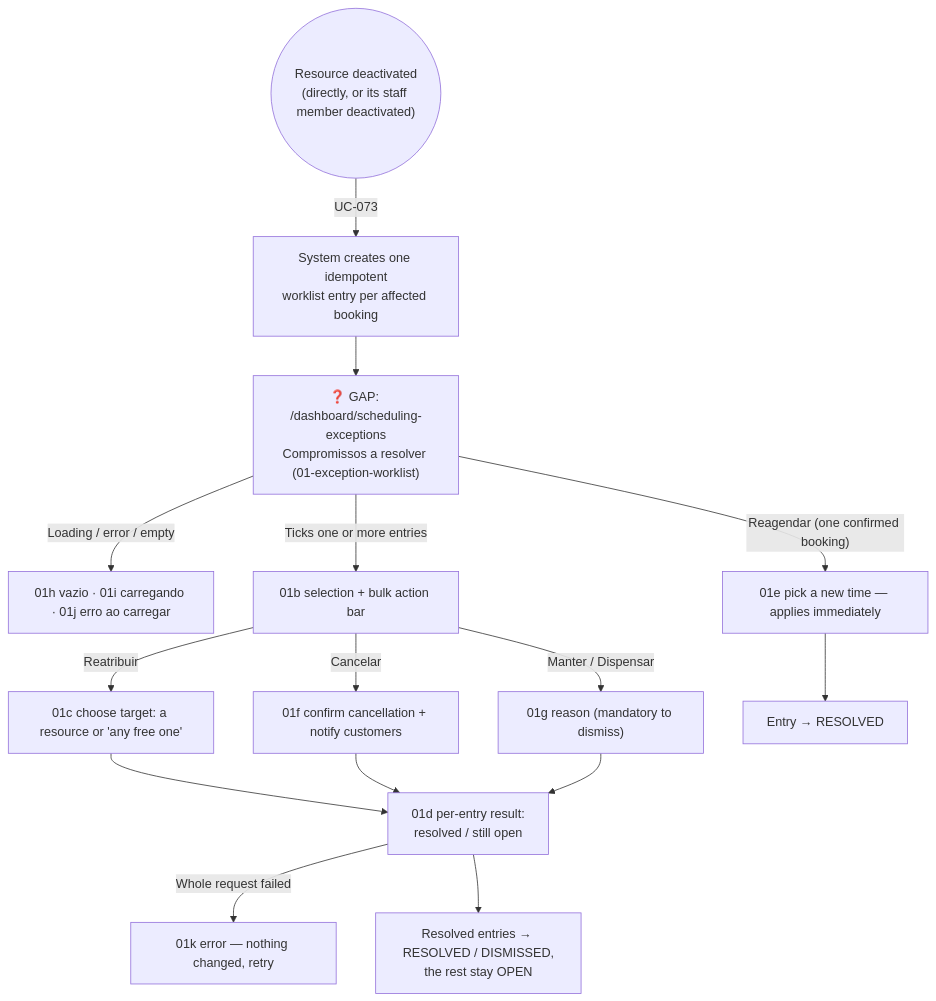
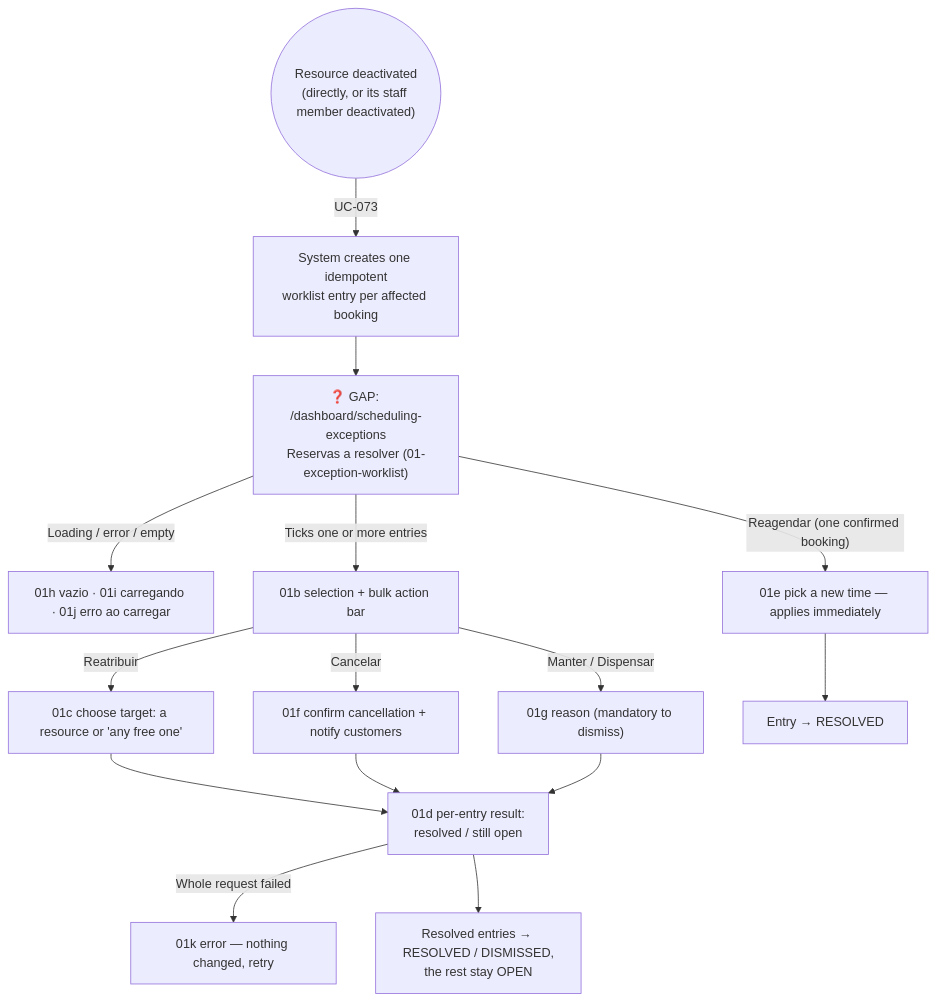
Before and after one commit to lmmoreira/ikaro: the diagram in plan/journey/manager/scheduling-exceptions.md, drawn with Mermaid. The commit also changed other lines of this file and 14 other files, not shown here.

First line of the commit message:
docs(journey): rename scheduling-exceptions page to "Reservas a resolver" and move it below Agenda (M23-S14)

````diff
--- a/plan/journey/manager/scheduling-exceptions.md
+++ b/plan/journey/manager/scheduling-exceptions.md
@@ -18,22 +18,22 @@
 ```mermaid
 flowchart TD
     classDef gap stroke:#f00,stroke-dasharray: 5 5,fill:#fee
 
     Trigger(("Resource deactivated<br/>(directly, or its staff member deactivated)")) -->|"UC-073"| Raise["System creates one idempotent<br/>worklist entry per affected booking"]
-    Raise --> List["❓ GAP: /dashboard/scheduling-exceptions<br/>Compromissos a resolver (01-exception-worklist)"]
+    Raise --> List["❓ GAP: /dashboard/scheduling-exceptions<br/>Reservas a resolver (01-exception-worklist)"]
 
     List -->|"Loading / error / empty"| States["01h vazio · 01i carregando · 01j erro ao carregar"]
     List -->|"Ticks one or more entries"| Bulk["01b selection + bulk action bar"]
     List -->|"Reagendar (one confirmed booking)"| Reschedule["01e pick a new time — applies immediately"]
 
     Bulk -->|"Reatribuir"| Reassign["01c choose target: a resource or 'any free one'"]
     Bulk -->|"Cancelar"| Cancel["01f confirm cancellation + notify customers"]
     Bulk -->|"Manter / Dispensar"| Dismiss["01g reason (mandatory to dismiss)"]
 
     Reassign --> Result["01d per-entry result:<br/>resolved / still open"]
     Cancel --> Result
     Dismiss --> Result
     Reschedule --> Resolved["Entry → RESOLVED"]
     Result -->|"Whole request failed"| SubmitError["01k error — nothing changed, retry"]
     Result --> Done["Resolved entries → RESOLVED / DISMISSED,<br/>the rest stay OPEN"]
 ```
````
